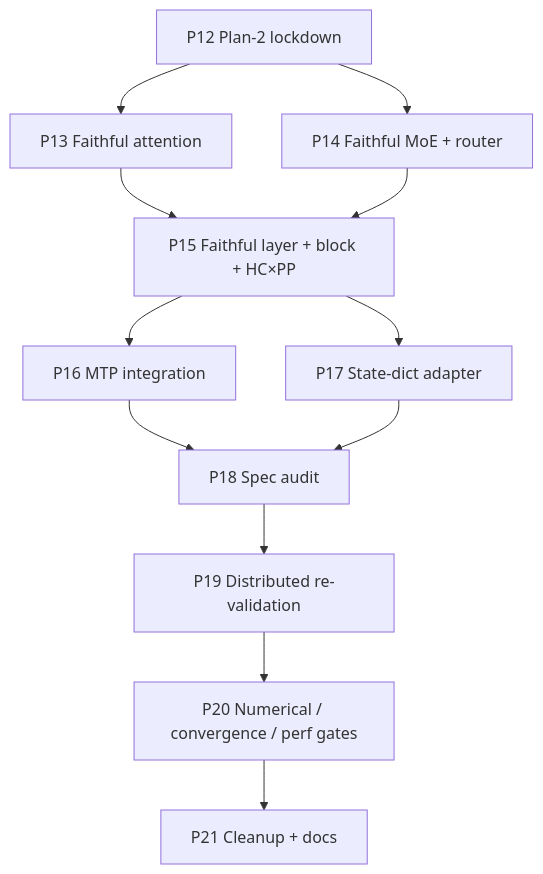
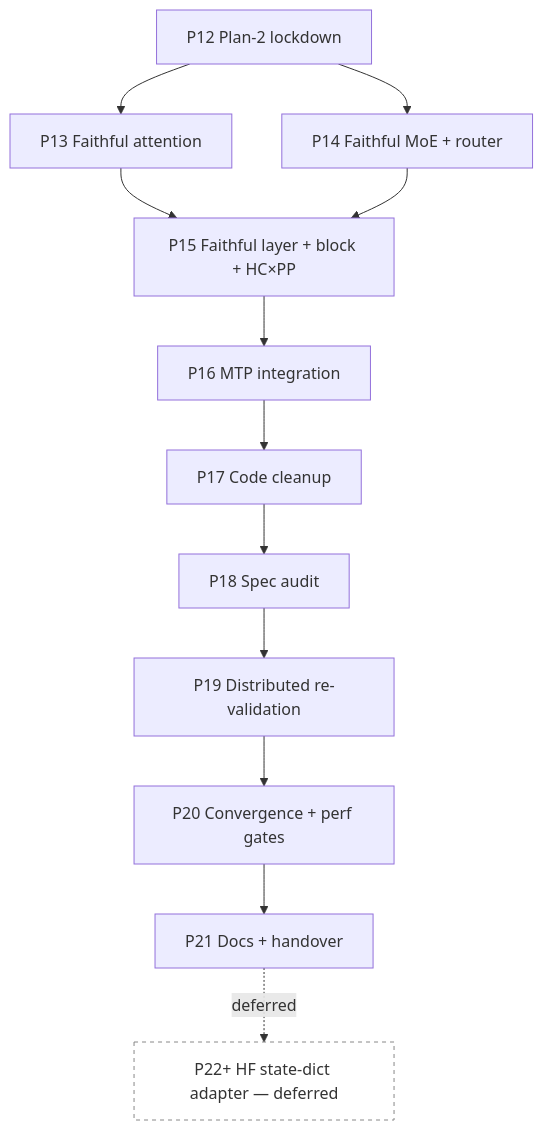
Before and after one commit to AMD-AGI/Primus: the diagram in deepseek-v4/develop/plan-2/01-roadmap.md, drawn with Mermaid. The commit also changed other lines of this file and 4 other files, not shown here.

````diff
--- a/deepseek-v4/develop/plan-2/01-roadmap.md
+++ b/deepseek-v4/develop/plan-2/01-roadmap.md
@@ -39,25 +40,28 @@
 ```mermaid
 flowchart TD
 P12[P12 Plan-2 lockdown]
 P13[P13 Faithful attention]
 P14[P14 Faithful MoE + router]
 P15[P15 Faithful layer + block + HC×PP]
 P16[P16 MTP integration]
-P17[P17 State-dict adapter]
+P17[P17 Code cleanup]
 P18[P18 Spec audit]
 P19[P19 Distributed re-validation]
-P20[P20 Numerical / convergence / perf gates]
-P21[P21 Cleanup + docs]
+P20[P20 Convergence + perf gates]
+P21[P21 Docs + handover]
+P22[P22+ HF state-dict adapter — deferred]
 
 P12 --> P13
 P12 --> P14
 P13 --> P15
 P14 --> P15
 P15 --> P16
-P15 --> P17
-P16 --> P18
+P16 --> P17
 P17 --> P18
 P18 --> P19
 P19 --> P20
 P20 --> P21
+P21 -.deferred.-> P22
+
+style P22 stroke-dasharray: 4 4,fill:#fff,stroke:#888
 ```
````
